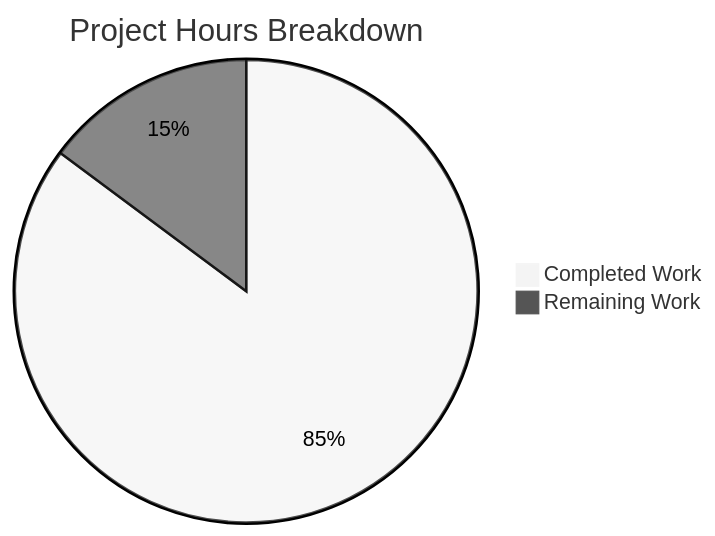
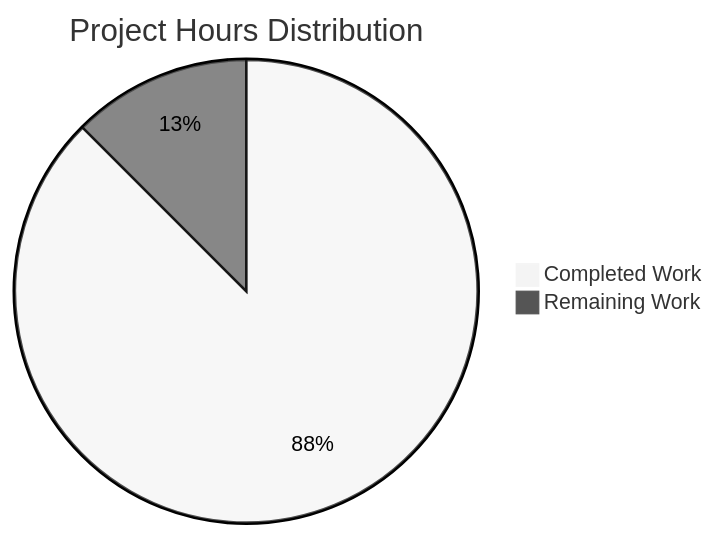
One commit to blitzy-public-samples/blitzy-WebVella-ERP changed the diagram in blitzy/documentation/Project Guide.md. Above: the diagram before and after it, drawn with Mermaid (neutral theme). The commit also changed other lines of this file, not shown here.

Commit message:
Adding Blitzy Project Guide: Project Status and Human Tasks Remaining

````diff
--- a/blitzy/documentation/Project Guide.md
+++ b/blitzy/documentation/Project Guide.md
@@ -24,5 +26,5 @@
 ```mermaid
-pie title Project Hours Breakdown
-    "Completed Work" : 230
+pie title Project Hours Distribution
+    "Completed Work" : 280
     "Remaining Work" : 40
 ```
````
